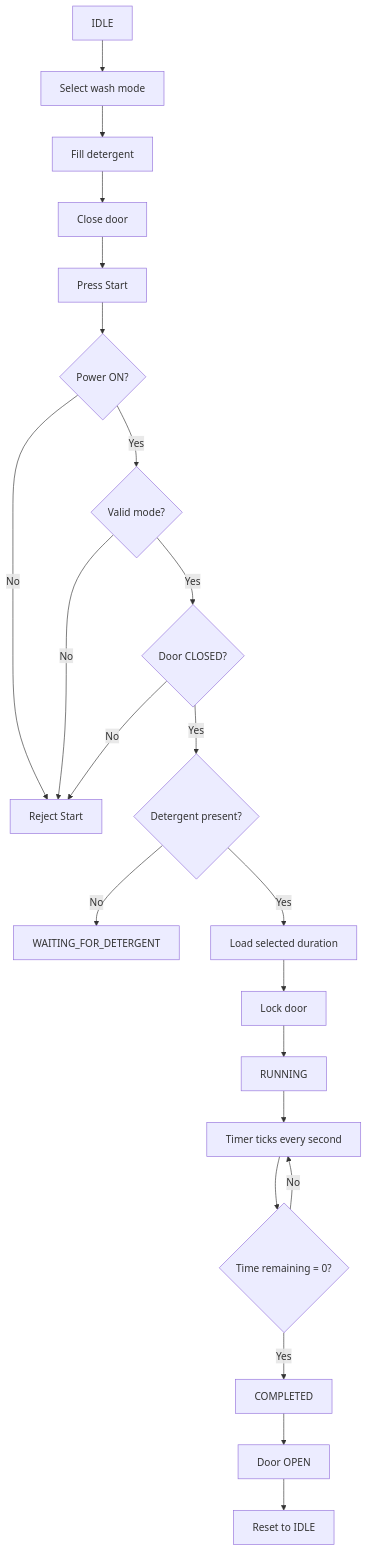
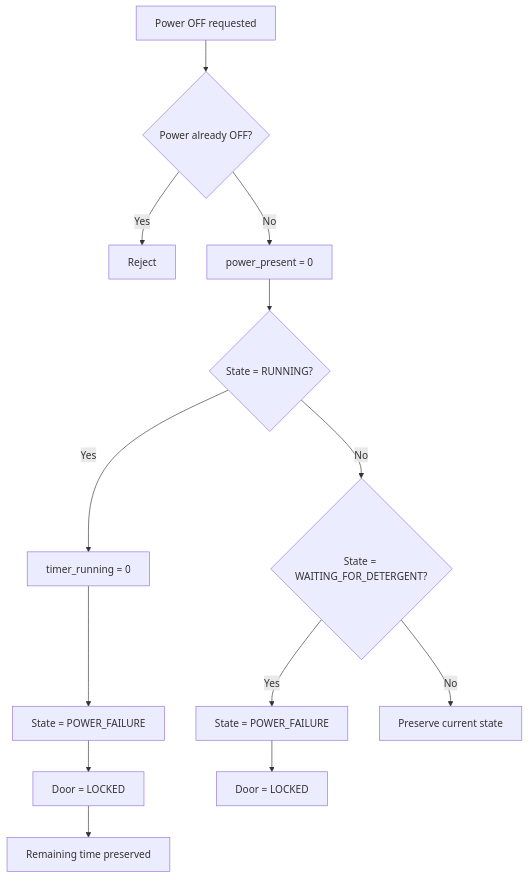
Diagram 13 of 19 in README.md (BMMADHUMITHA/weighted_rr), drawn with Mermaid before and after one commit. The commit also changed other lines of this file, not shown here.

````diff
--- a/README.md
+++ b/README.md
@@ -581,24 +463,15 @@
 ```mermaid
 flowchart TD
-    A[IDLE] --> B[Select wash mode]
-    B --> C[Fill detergent]
-    C --> D[Close door]
-    D --> E[Press Start]
-    E --> F{Power ON?}
-    F -- No --> X[Reject Start]
-    F -- Yes --> G{Valid mode?}
-    G -- No --> X
-    G -- Yes --> H{Door CLOSED?}
-    H -- No --> X
-    H -- Yes --> I{Detergent present?}
-    I -- No --> J[WAITING_FOR_DETERGENT]
-    I -- Yes --> K[Load selected duration]
-    K --> L[Lock door]
-    L --> M[RUNNING]
-    M --> N[Timer ticks every second]
-    N --> O{Time remaining = 0?}
-    O -- No --> N
-    O -- Yes --> P[COMPLETED]
-    P --> Q[Door OPEN]
-    Q --> R[Reset to IDLE]
+    A[Power OFF requested] --> B{Power already OFF?}
+    B -- Yes --> X[Reject]
+    B -- No --> C[power_present = 0]
+    C --> D{State = RUNNING?}
+    D -- Yes --> E[timer_running = 0]
+    E --> F[State = POWER_FAILURE]
+    F --> G[Door = LOCKED]
+    G --> H[Remaining time preserved]
+    D -- No --> I{State = WAITING_FOR_DETERGENT?}
+    I -- Yes --> J[State = POWER_FAILURE]
+    J --> K[Door = LOCKED]
+    I -- No --> L[Preserve current state]
 ```
````
